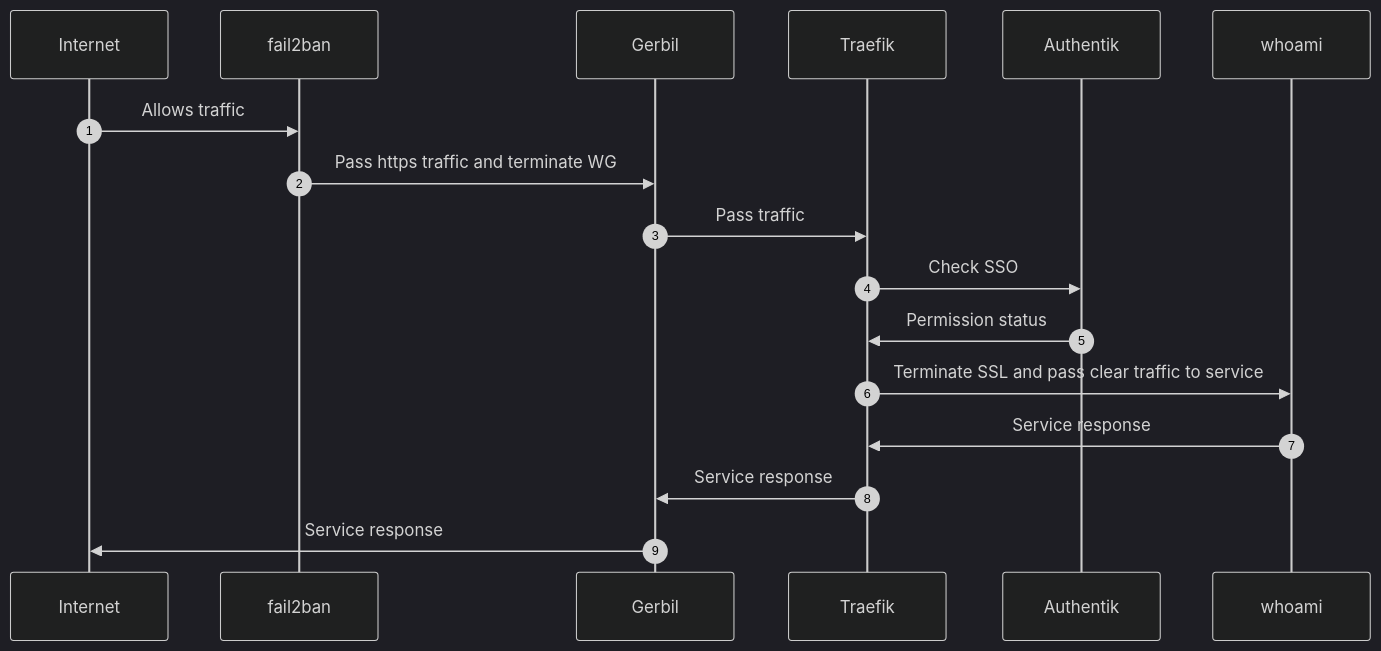
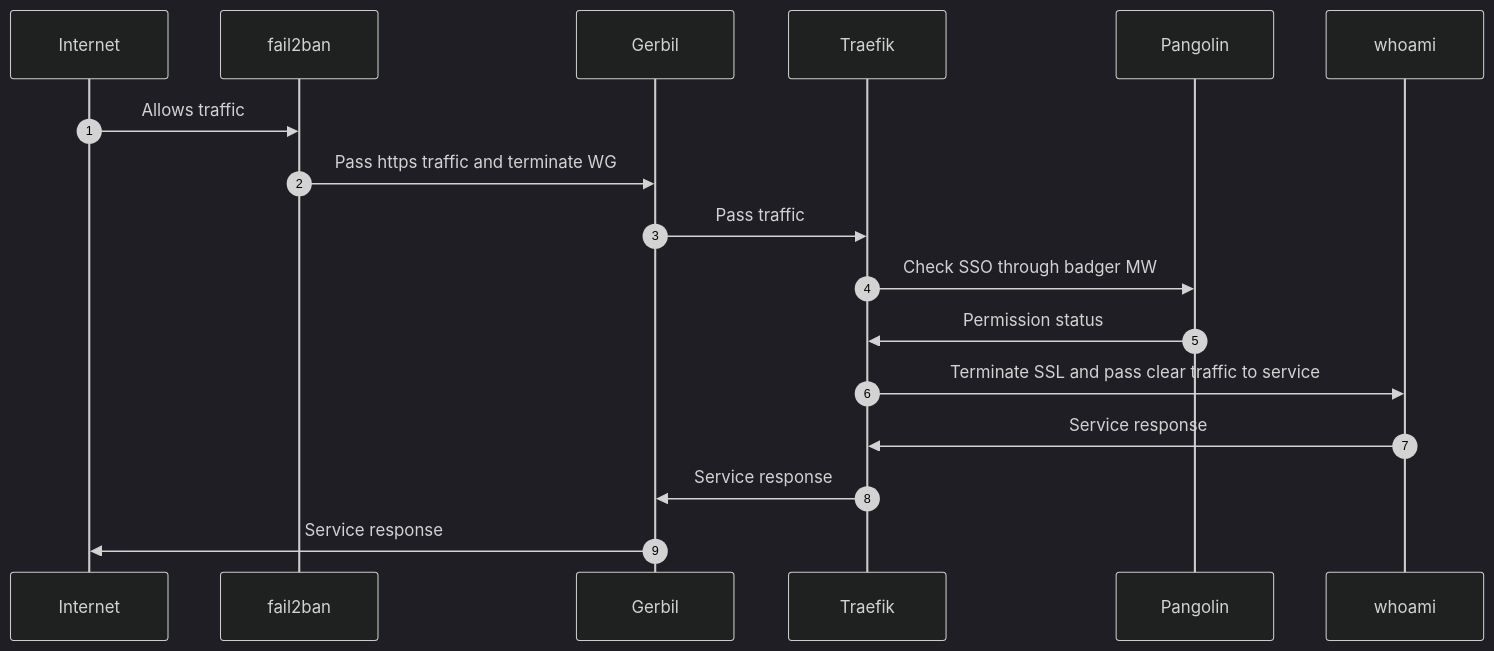
One commit to johncloud-paas/platform changed the diagram in use-cases/access-pangolin_sso-service.md. Above: the diagram before and after it, drawn with Mermaid (dark theme). The commit also changed other lines of this file and 7 other files, not shown here.

````diff
--- a/use-cases/access-pangolin_sso-service.md
+++ b/use-cases/access-pangolin_sso-service.md
@@ -8,13 +8,13 @@
 ```mermaid
 sequenceDiagram
   autonumber
   Internet->>fail2ban: Allows traffic
   fail2ban->>Gerbil: Pass https traffic and terminate WG
   Gerbil->>Traefik: Pass traffic
-  Traefik->>Authentik: Check SSO
-  Authentik->>Traefik: Permission status
+  Traefik->>Pangolin: Check SSO through badger MW
+  Pangolin->>Traefik: Permission status
   Traefik->>whoami: Terminate SSL and pass clear traffic to service
   whoami->>Traefik: Service response
   Traefik->>Gerbil: Service response
   Gerbil->>Internet: Service response
 ```
````
